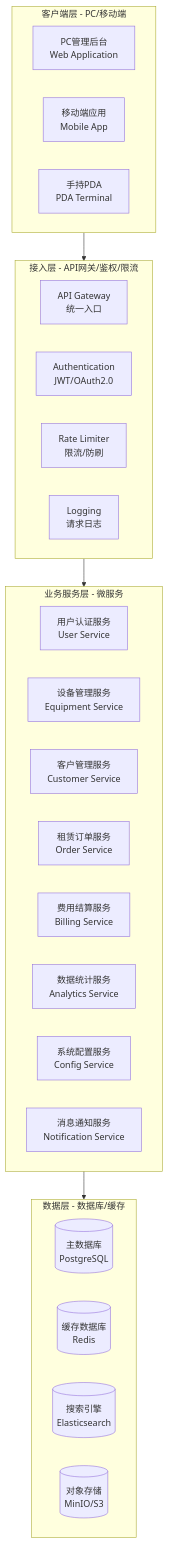
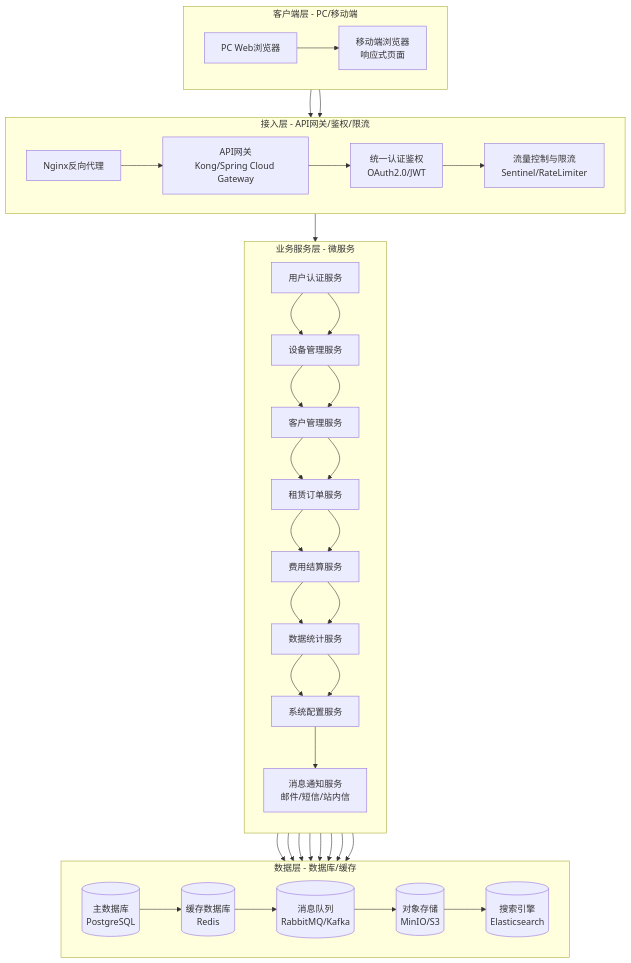
Before and after one commit to JiangHuanzhen/medical-device-rental-system: the first of 4 diagrams in .claude/knowledge-base/wiki/summaries/SRS-初稿-20260626-v2.md, drawn with Mermaid. The commit also changed other lines of this file and 223 other files, not shown here.

````diff
--- a/.claude/knowledge-base/wiki/summaries/SRS-初稿-20260626-v2.md
+++ b/.claude/knowledge-base/wiki/summaries/SRS-初稿-20260626-v2.md
@@ -105,41 +118,52 @@
 ```mermaid
 flowchart TD
     subgraph 客户端层[客户端层 - PC/移动端]
         direction LR
-        A1[PC管理后台<br/>Web Application] 
-        A2[移动端应用<br/>Mobile App]
-        A3[手持PDA<br/>PDA Terminal]
+        A1[PC Web浏览器] --> A2[移动端浏览器<br/>响应式页面]
     end
 
     subgraph 接入层[接入层 - API网关/鉴权/限流]
         direction LR
-        B1[API Gateway<br/>统一入口]
-        B2[Authentication<br/>JWT/OAuth2.0]
-        B3[Rate Limiter<br/>限流/防刷]
-        B4[Logging<br/>请求日志]
+        B1[Nginx反向代理] --> B2[API网关<br/>Kong/Spring Cloud Gateway]
+        B2 --> B3[统一认证鉴权<br/>OAuth2.0/JWT]
+        B3 --> B4[流量控制与限流<br/>Sentinel/RateLimiter]
     end
 
     subgraph 业务服务层[业务服务层 - 微服务]
-        direction LR
-        C1[用户认证服务<br/>User Service]
-        C2[设备管理服务<br/>Equipment Service]
-        C3[客户管理服务<br/>Customer Service]
-        C4[租赁订单服务<br/>Order Service]
-        C5[费用结算服务<br/>Billing Service]
-        C6[数据统计服务<br/>Analytics Service]
-        C7[系统配置服务<br/>Config Service]
-        C8[消息通知服务<br/>Notification Service]
+        direction TB
+        C1[用户认证服务] --> C2[设备管理服务]
+        C2 --> C3[客户管理服务]
+        C3 --> C4[租赁订单服务]
+        C4 --> C5[费用结算服务]
+        C5 --> C6[数据统计服务]
+        C6 --> C7[系统配置服务]
+        C8[消息通知服务<br/>邮件/短信/站内信]
     end
 
     subgraph 数据层[数据层 - 数据库/缓存]
         direction LR
-        D1[(主数据库<br/>PostgreSQL)]
-        D2[(缓存数据库<br/>Redis)]
-        D3[(搜索引擎<br/>Elasticsearch)]
-        D4[(对象存储<br/>MinIO/S3)]
+        D1[(主数据库<br/>PostgreSQL)] --> D2[(缓存数据库<br/>Redis)]
+        D2 --> D3[(消息队列<br/>RabbitMQ/Kafka)]
+        D3 --> D4[(对象存储<br/>MinIO/S3)]
+        D4 --> D5[(搜索引擎<br/>Elasticsearch)]
     end
 
-    客户端层 --> 接入层
-    接入层 --> 业务服务层
-    业务服务层 --> 数据层
+    A1 --> B1
+    A2 --> B1
+    B4 --> C1
+    C1 --> C2
+    C2 --> C3
+    C3 --> C4
+    C4 --> C5
+    C5 --> C6
+    C6 --> C7
+    C7 --> C8
+    C1 --> D1
+    C2 --> D1
+    C3 --> D1
+    C4 --> D1
+    C5 --> D1
+    C6 --> D5
+    C7 --> D1
+    C8 --> D3
 ```
````
